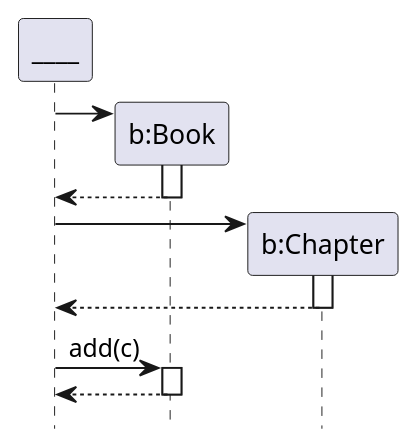
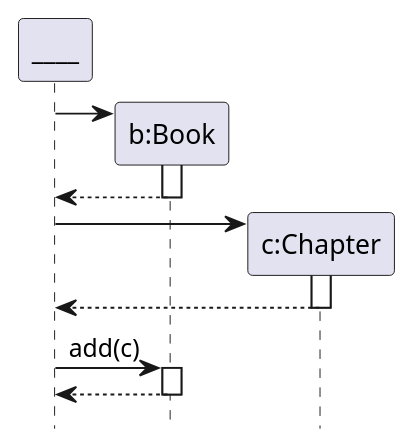
One commit to se-edu/se-book changed the first of 2 diagrams in uml/sequenceDiagrams/selfInvocation/text.md. Above: the diagram before and after it, drawn with PlantUML. The commit also changed other lines of this file, not shown here.

Commit message:
sd: Fix typo in code example

```diff
--- a/uml/sequenceDiagrams/selfInvocation/text.md
+++ b/uml/sequenceDiagrams/selfInvocation/text.md
@@ -40,26 +40,26 @@
 @startuml
 skinparam Shadowing false
 hide footbox
 
 Participant "____" as u
 Participant "b:Book" as b
-Participant "b:Chapter" as c
+Participant "c:Chapter" as c
 
 create b
 u -> b
 activate b
 u <-- b
 deactivate b
 
 create c
 u -> c
 activate c
 u <-- c
 deactivate c
 
 u -> b: add(c)
 activate b
 u <-- b
 deactivate b
 
 @enduml
```
